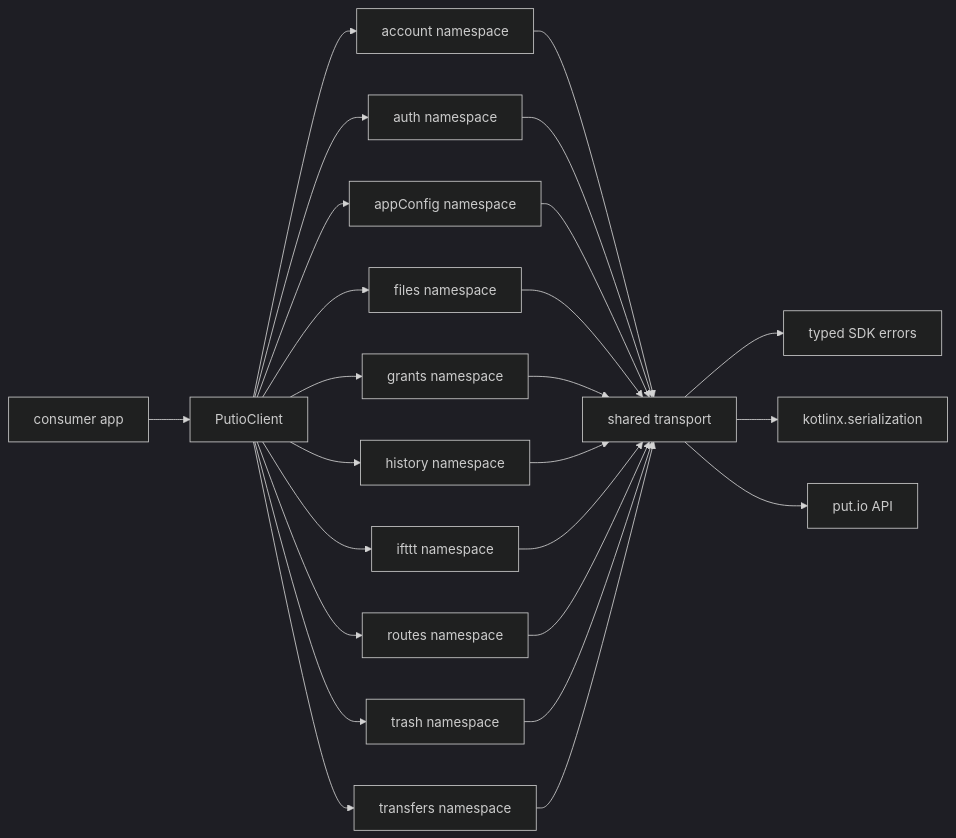
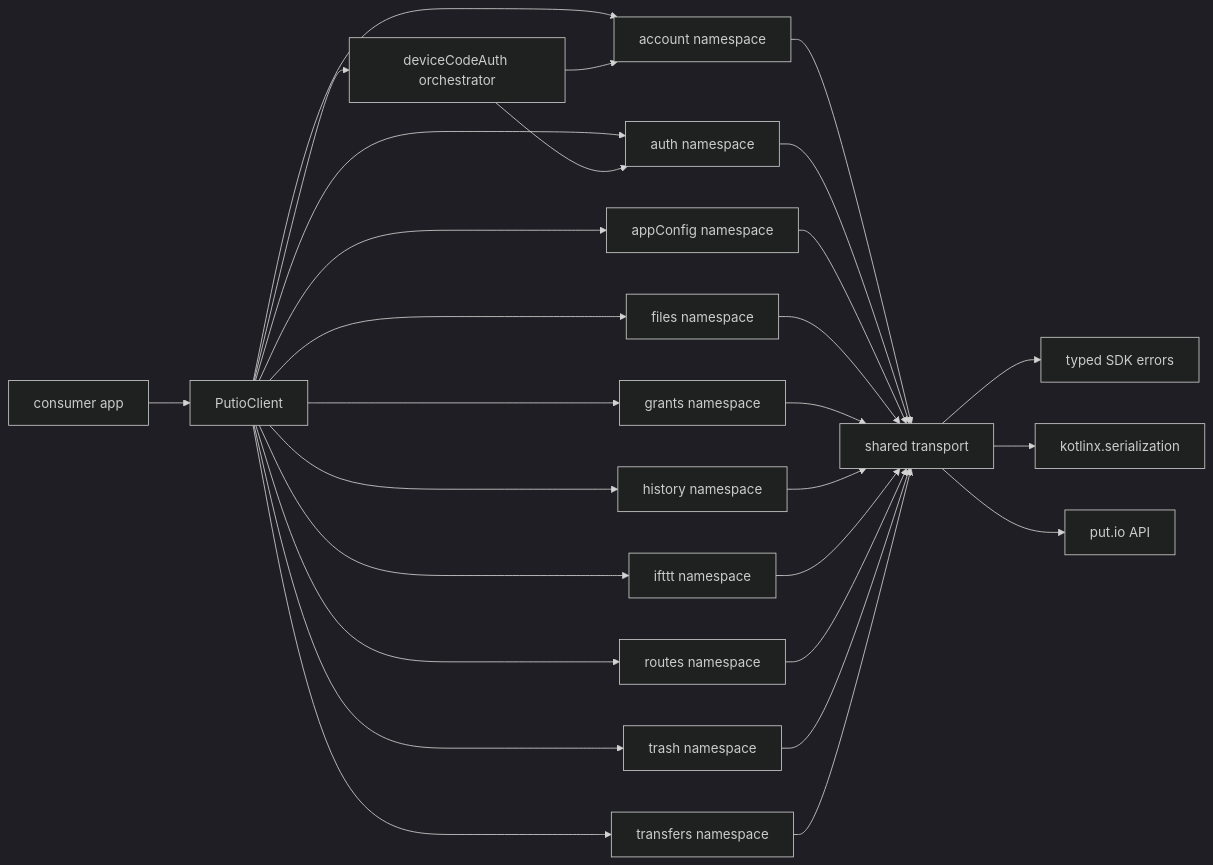
The diagram in docs/ARCHITECTURE.md (putdotio/putio-sdk-kotlin), drawn with Mermaid (dark theme) before and after one commit. The commit also changed other lines of this file and 8 other files, not shown here.

First line of the commit message:
docs: reflect device-code auth and envelope validation; drop tautological tests (#48)

````diff
--- a/docs/ARCHITECTURE.md
+++ b/docs/ARCHITECTURE.md
@@ -9,27 +9,30 @@
 ```mermaid
 graph LR
   Consumer["consumer app"] --> Client["PutioClient"]
   Client --> Account["account namespace"]
   Client --> Auth["auth namespace"]
+  Client --> DeviceCode["deviceCodeAuth orchestrator"]
   Client --> Config["appConfig namespace"]
   Client --> Files["files namespace"]
   Client --> Grants["grants namespace"]
   Client --> History["history namespace"]
   Client --> Ifttt["ifttt namespace"]
   Client --> Routes["routes namespace"]
   Client --> Trash["trash namespace"]
   Client --> Transfers["transfers namespace"]
   Account --> Transport["shared transport"]
   Auth --> Transport
+  DeviceCode --> Auth
+  DeviceCode --> Account
   Config --> Transport
   Files --> Transport
   Grants --> Transport
   History --> Transport
   Ifttt --> Transport
   Routes --> Transport
   Trash --> Transport
   Transfers --> Transport
   Transport --> Errors["typed SDK errors"]
   Transport --> Json["kotlinx.serialization"]
   Transport --> API["put.io API"]
 ```
````
